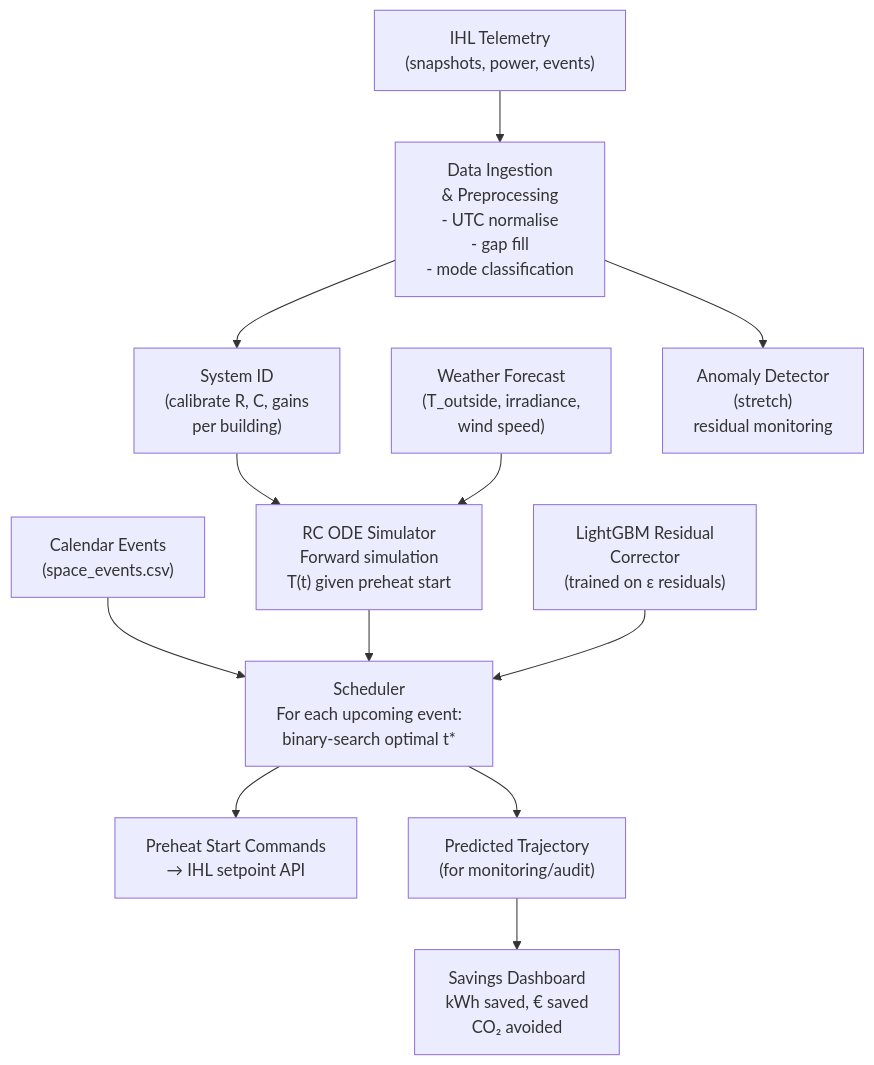
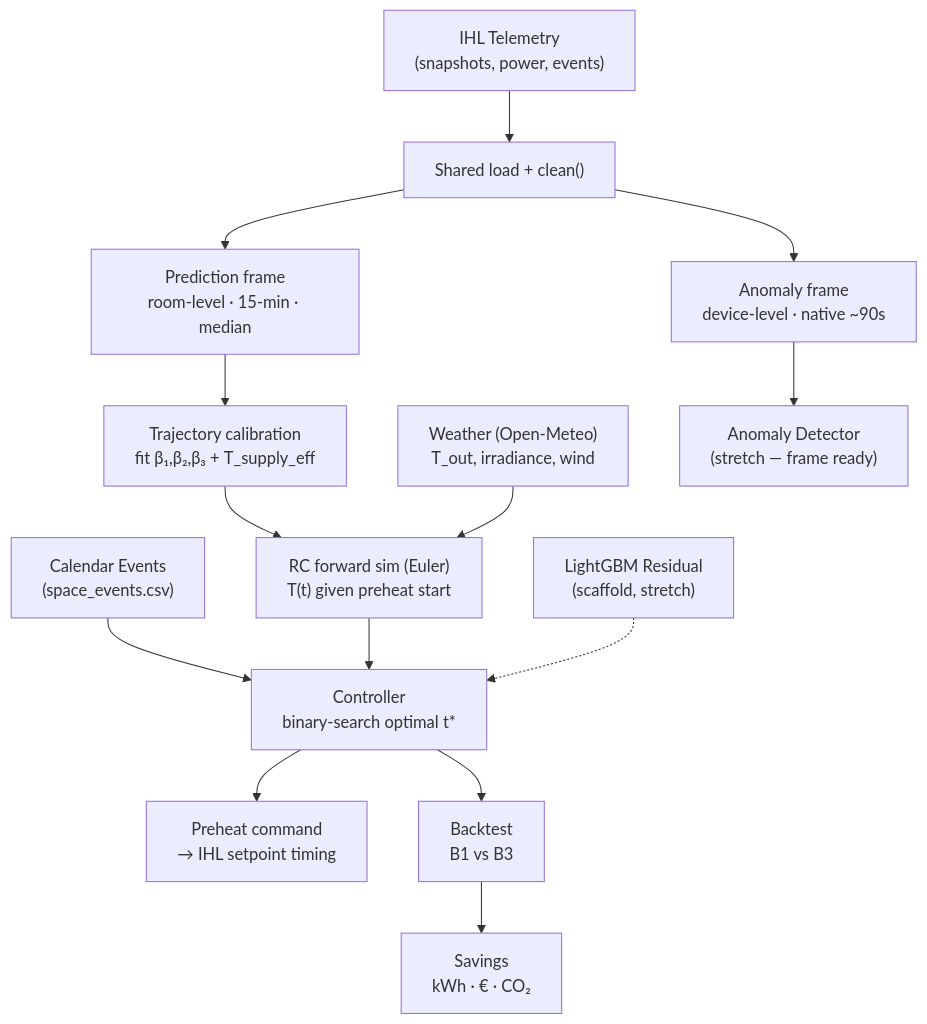
The second of 2 diagrams in docs/PDR.md (Syed-Bilal-Haider-Engineer/Fenners-LBEnergy), drawn with Mermaid before and after one commit. The commit also changed other lines of this file and 13 other files, not shown here.

First line of the commit message:
feat: add trajectory calibration + event-level backtest

````diff
--- a/docs/PDR.md
+++ b/docs/PDR.md
@@ -283,14 +291,16 @@
 ```mermaid
 flowchart TD
-    A["IHL Telemetry\n(snapshots, power, events)"] --> B["Data Ingestion\n& Preprocessing\n- UTC normalise\n- gap fill\n- mode classification"]
-    B --> C["System ID\n(calibrate R, C, gains\nper building)"]
-    C --> D["RC ODE Simulator\nForward simulation\nT(t) given preheat start"]
-    E["Weather Forecast\n(T_outside, irradiance,\nwind speed)"] --> D
-    F["Calendar Events\n(space_events.csv)"] --> G["Scheduler\nFor each upcoming event:\nbinary-search optimal t*"]
+    A["IHL Telemetry\n(snapshots, power, events)"] --> B["Shared load + clean()"]
+    B --> P1["Prediction frame\nroom-level · 15-min · median"]
+    B --> P2["Anomaly frame\ndevice-level · native ~90s"]
+    P1 --> C["Trajectory calibration\nfit β₁,β₂,β₃ + T_supply_eff"]
+    C --> D["RC forward sim (Euler)\nT(t) given preheat start"]
+    E["Weather (Open-Meteo)\nT_out, irradiance, wind"] --> D
+    F["Calendar Events\n(space_events.csv)"] --> G["Controller\nbinary-search optimal t*"]
     D --> G
-    H["LightGBM Residual\nCorrector\n(trained on ε residuals)"] --> G
-    G --> I["Preheat Start Commands\n→ IHL setpoint API"]
-    G --> J["Predicted Trajectory\n(for monitoring/audit)"]
-    J --> K["Savings Dashboard\nkWh saved, € saved\nCO₂ avoided"]
-    B --> L["Anomaly Detector\n(stretch)\nresidual monitoring"]
+    H["LightGBM Residual\n(scaffold, stretch)"] -.-> G
+    G --> I["Preheat command\n→ IHL setpoint timing"]
+    G --> J["Backtest\nB1 vs B3"]
+    J --> K["Savings\nkWh · € · CO₂"]
+    P2 --> L["Anomaly Detector\n(stretch — frame ready)"]
 ```
````
